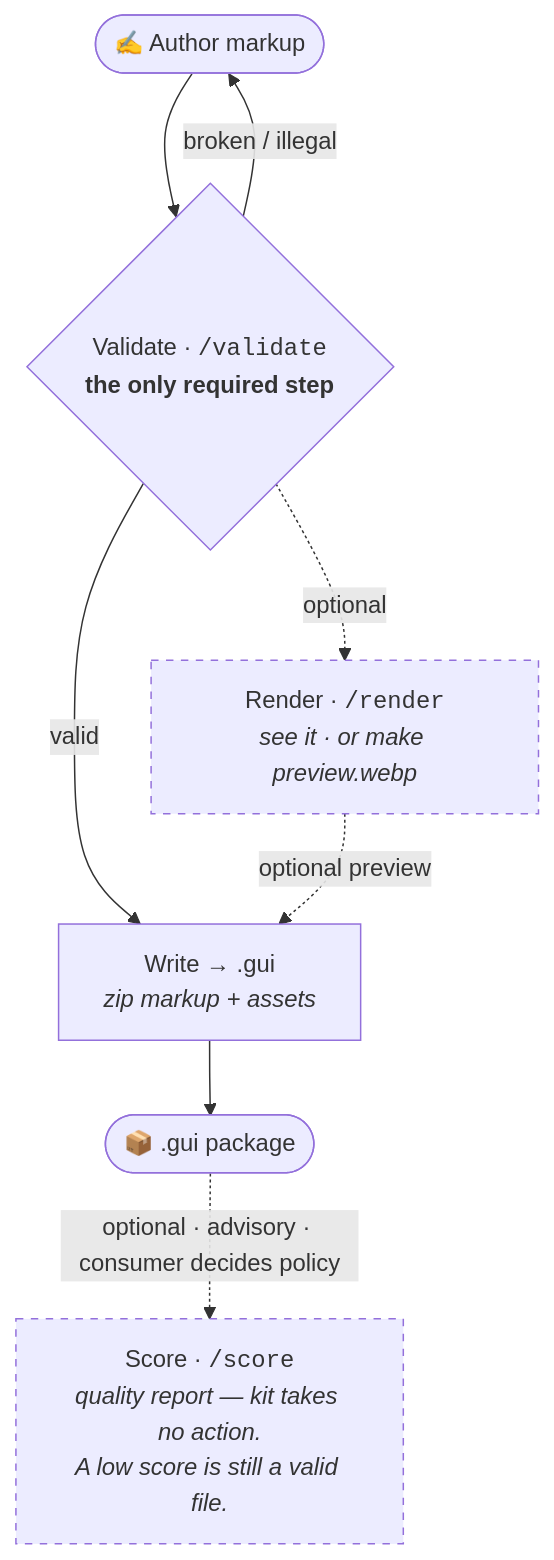
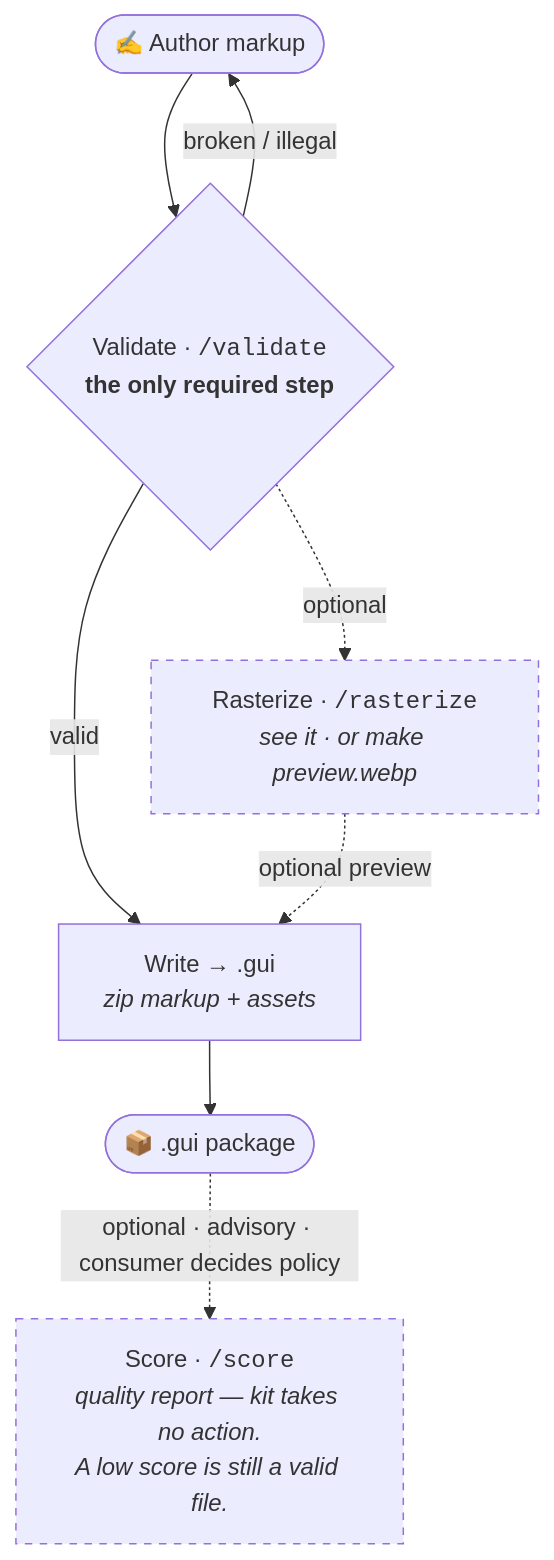
One commit to dotgui/kit changed the first of 2 diagrams in README.md. Above: the diagram before and after it, drawn with Mermaid. The commit also changed other lines of this file and 10 other files, not shown here.

````diff
--- a/README.md
+++ b/README.md
@@ -35,14 +37,14 @@
 ```mermaid
 flowchart TD
     A(["✍️ Author markup"]) --> V{"Validate · <code>/validate</code><br/><b>the only required step</b>"}
     V -->|"broken / illegal"| A
     V -->|"valid"| W["Write → .gui<br/><i>zip markup + assets</i>"]
     W --> Z(["📦 .gui package"])
 
-    V -.->|"optional"| R["Render · <code>/render</code><br/><i>see it · or make preview.webp</i>"]
+    V -.->|"optional"| R["Rasterize · <code>/rasterize</code><br/><i>see it · or make preview.webp</i>"]
     R -.->|"optional preview"| W
     Z -.->|"optional · advisory · consumer decides policy"| S["Score · <code>/score</code><br/><i>quality report — kit takes no action.<br/>A low score is still a valid file.</i>"]
 
     style R stroke-dasharray: 5 5
     style S stroke-dasharray: 5 5
 ```
````
